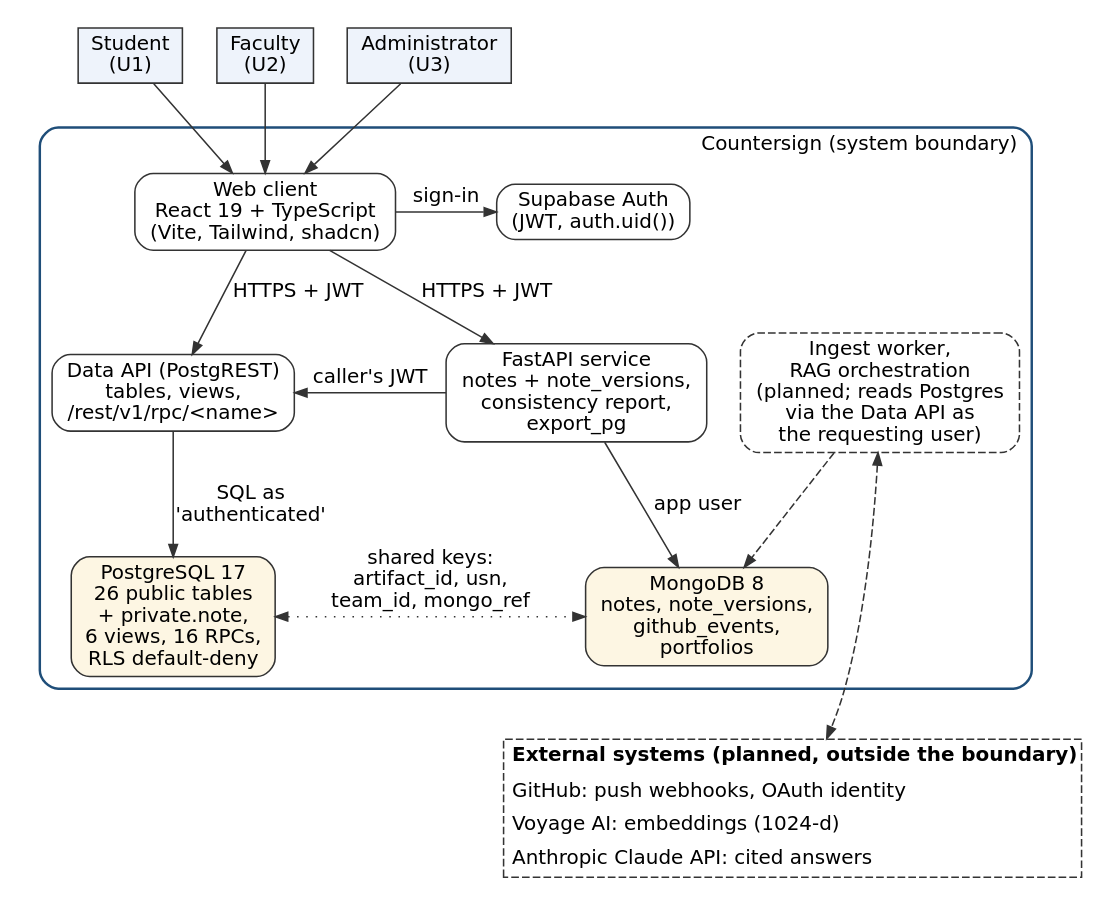
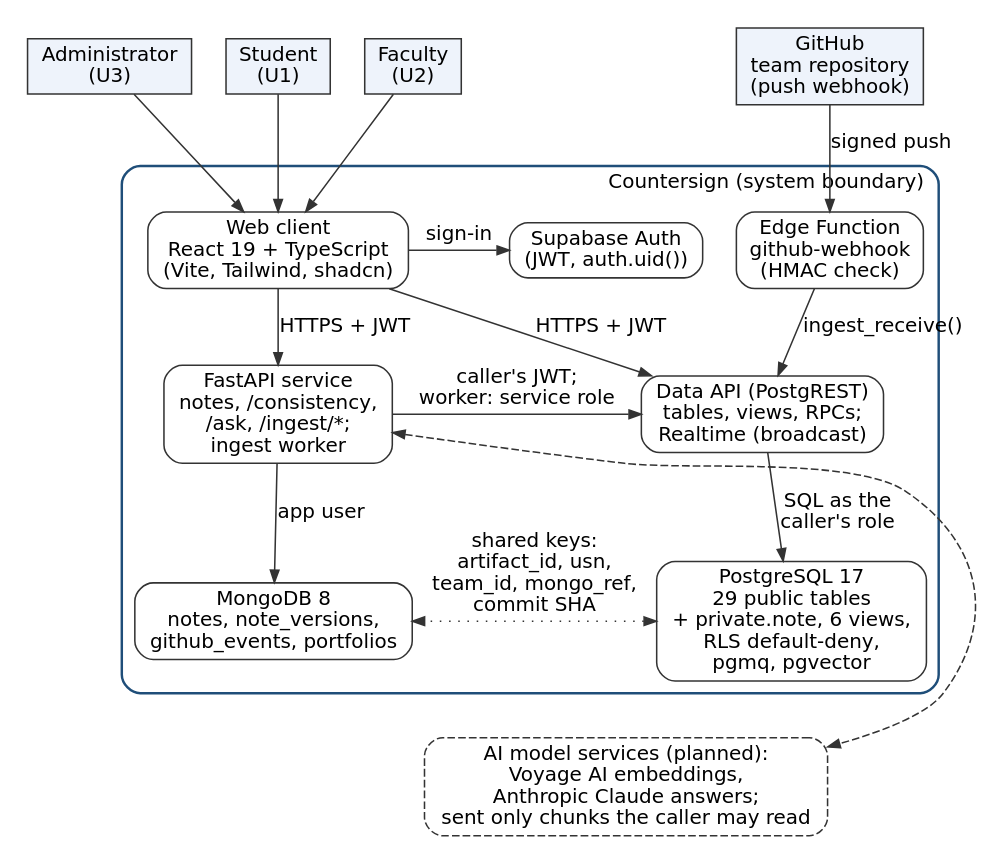
One commit to Arun-Sanjay/countersign-dbms changed the diagram in docs/lab/diagrams/c2_fig1_context.dot. Above: the diagram before and after it, drawn with Graphviz. The commit also changed 152 other files, not shown here.

```diff
--- a/docs/lab/diagrams/c2_fig1_context.dot
+++ b/docs/lab/diagrams/c2_fig1_context.dot
@@ -1,46 +1,44 @@
-// C2 SRS, Figure 1 (revision 1.1): Product perspective (system context).
-// Solid = built and exercised by a test run on 4 Nov 2026 (C2_SRS.md §4).
-// Dashed = specified, not built. Dotted = a link by shared keys, not a network call.
+// C2 SRS, Figure 1 (revision 1.2): Product perspective (system context).
+// Solid = built and exercised by a recorded test run (C2_SRS.md §4, 5 Nov 2026).
+// Dashed = specified, not built (only the AI model services remain).
+// Dotted = a link by shared keys, not a network call.
 digraph context {
-    graph [rankdir=TB, fontname="DejaVu Sans", fontsize=13, nodesep=0.3, ranksep=0.55, pad=0.15, newrank=true];
+    graph [rankdir=TB, fontname="DejaVu Sans", fontsize=13, nodesep=0.3, ranksep=0.5, pad=0.15, newrank=true];
     node  [fontname="DejaVu Sans", fontsize=13, shape=box, style="rounded,filled", fillcolor="#ffffff", color="#333333"];
     edge  [fontname="DejaVu Sans", fontsize=13, color="#333333", arrowsize=0.8];
 
     student [label="Student\n(U1)", style="filled", fillcolor="#eef3fb"];
     faculty [label="Faculty\n(U2)", style="filled", fillcolor="#eef3fb"];
     admin   [label="Administrator\n(U3)", style="filled", fillcolor="#eef3fb"];
-    { rank=same; student; faculty; admin; }
+    github  [label="GitHub\nteam repository\n(push webhook)", style="filled", fillcolor="#eef3fb"];
+    { rank=same; student; faculty; admin; github; }
 
     subgraph cluster_system {
         label="Countersign (system boundary)"; labeljust=r; fontsize=13; style="rounded"; color="#1f4e79"; penwidth=1.6;
         web   [label="Web client\nReact 19 + TypeScript\n(Vite, Tailwind, shadcn)"];
         auth  [label="Supabase Auth\n(JWT, auth.uid())"];
-        api   [label="Data API (PostgREST)\ntables, views,\n/rest/v1/rpc/<name>"];
-        svc   [label="FastAPI service\nnotes + note_versions,\nconsistency report,\nexport_pg"];
-        planned [label="Ingest worker,\nRAG orchestration\n(planned; reads Postgres\nvia the Data API as\nthe requesting user)", style="rounded,dashed"];
-        pg    [label="PostgreSQL 17\n26 public tables\n+ private.note,\n6 views, 16 RPCs,\nRLS default-deny", fillcolor="#fdf6e3"];
-        mongo [label="MongoDB 8\nnotes, note_versions,\ngithub_events,\nportfolios", fillcolor="#fdf6e3"];
-        { rank=same; web; auth; }
-        { rank=same; svc; api; planned; }
+        edgef [label="Edge Function\ngithub-webhook\n(HMAC check)"];
+        api   [label="Data API (PostgREST)\ntables, views, RPCs;\nRealtime (broadcast)"];
+        svc   [label="FastAPI service\nnotes, /consistency,\n/ask, /ingest/*;\ningest worker"];
+        pg    [label="PostgreSQL 17\n29 public tables\n+ private.note, 6 views,\nRLS default-deny,\npgmq, pgvector"];
+        mongo [label="MongoDB 8\nnotes, note_versions,\ngithub_events, portfolios"];
+        { rank=same; web; auth; edgef; }
+        { rank=same; svc; api; }
         { rank=same; pg; mongo; }
     }
 
-    ext [shape=plain, label=<<TABLE BORDER="1" STYLE="dashed" CELLBORDER="0" CELLPADDING="4" CELLSPACING="0">
-          <TR><TD><B>External systems (planned, outside the boundary)</B></TD></TR>
-          <TR><TD ALIGN="LEFT">GitHub: push webhooks, OAuth identity</TD></TR>
-          <TR><TD ALIGN="LEFT">Voyage AI: embeddings (1024-d)</TD></TR>
-          <TR><TD ALIGN="LEFT">Anthropic Claude API: cited answers</TD></TR></TABLE>>];
+    ai [label="AI model services (planned):\nVoyage AI embeddings,\nAnthropic Claude answers;\nsent only chunks the caller may read", style="rounded,dashed"];
 
     student -> web; faculty -> web; admin -> web;
+    github -> edgef [label="signed push"];
     web -> auth [label="sign-in"];
     web -> api  [label="HTTPS + JWT"];
     web -> svc  [label="HTTPS + JWT"];
-    api -> pg   [label="SQL as\n'authenticated'"];
-    svc -> api  [label="caller's JWT", constraint=false];
+    edgef -> api [label="ingest_receive()"];
+    api -> pg   [label="SQL as the\ncaller's role"];
+    svc -> api  [label="caller's JWT;\nworker: service role", constraint=false];
     svc -> mongo [label="app user"];
-    planned -> mongo [style=dashed];
-    svc -> api -> planned [style=invis];
-    pg -> mongo [style=dotted, dir=both, label="shared keys:\nartifact_id, usn,\nteam_id, mongo_ref", constraint=false];
-    planned -> ext [style=dashed, dir=both, minlen=2];
-    mongo -> ext [style=invis];
+    pg -> mongo [style=dotted, dir=both, label="shared keys:\nartifact_id, usn,\nteam_id, mongo_ref,\ncommit SHA", constraint=false];
+    svc -> ai [style=dashed, dir=both];
+    mongo -> ai [style=invis];
 }
```
